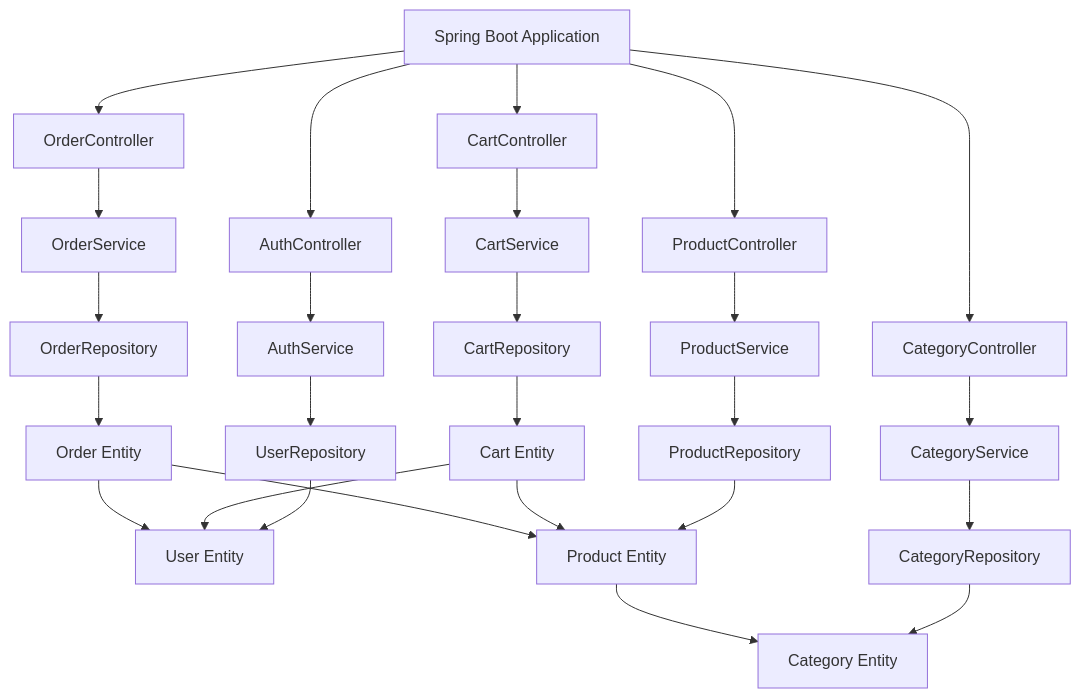
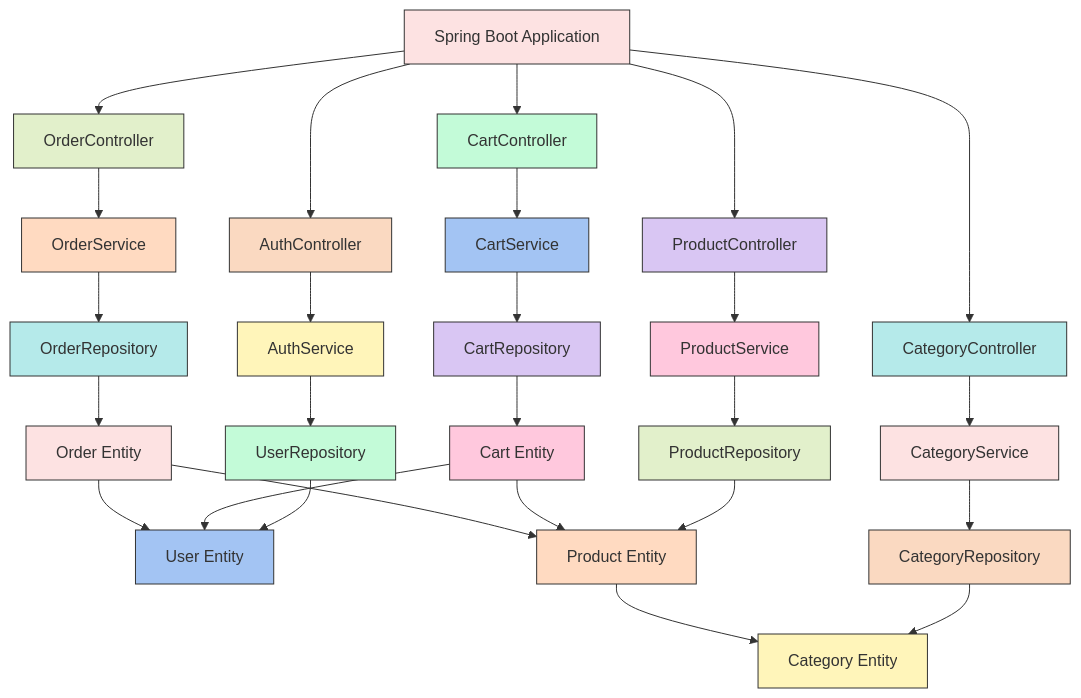
Before and after one commit to RaviRajanolla/Green-Origin: the fifth of 5 diagrams in README.md, drawn with Mermaid. The commit also changed other lines of this file, not shown here.

````diff
--- a/README.md
+++ b/README.md
@@ -734,34 +777,61 @@
 ```mermaid
 flowchart TD
     AppBackend[Spring Boot Application] --> AuthController["AuthController"]
     AppBackend --> ProductController["ProductController"]
     AppBackend --> CategoryController["CategoryController"]
     AppBackend --> CartController["CartController"]
     AppBackend --> OrderController["OrderController"]
 
     AuthController --> AuthService["AuthService"]
     AuthService --> UserRepository["UserRepository"]
     UserRepository --> UserEntity["User Entity"]
 
     ProductController --> ProductService["ProductService"]
     ProductService --> ProductRepository["ProductRepository"]
     ProductRepository --> ProductEntity["Product Entity"]
 
     CategoryController --> CategoryService["CategoryService"]
     CategoryService --> CategoryRepository["CategoryRepository"]
     CategoryRepository --> CategoryEntity["Category Entity"]
 
     CartController --> CartService["CartService"]
     CartService --> CartRepository["CartRepository"]
     CartRepository --> CartEntity["Cart Entity"]
     CartEntity --> ProductEntity
     CartEntity --> UserEntity
 
     OrderController --> OrderService["OrderService"]
     OrderService --> OrderRepository["OrderRepository"]
     OrderRepository --> OrderEntity["Order Entity"]
     OrderEntity --> ProductEntity
     OrderEntity --> UserEntity
 
     ProductEntity --> CategoryEntity
+
+    %% Pastel colors
+    style AppBackend fill:#FDE2E2,stroke:#333,stroke-width:1px
+    style AuthController fill:#FAD9C1,stroke:#333,stroke-width:1px
+    style AuthService fill:#FFF5BA,stroke:#333,stroke-width:1px
+    style UserRepository fill:#C3FBD8,stroke:#333,stroke-width:1px
+    style UserEntity fill:#A3C4F3,stroke:#333,stroke-width:1px
+
+    style ProductController fill:#D9C6F3,stroke:#333,stroke-width:1px
+    style ProductService fill:#FFC8DD,stroke:#333,stroke-width:1px
+    style ProductRepository fill:#E2F0CB,stroke:#333,stroke-width:1px
+    style ProductEntity fill:#FFDAC1,stroke:#333,stroke-width:1px
+
+    style CategoryController fill:#B5EAEA,stroke:#333,stroke-width:1px
+    style CategoryService fill:#FDE2E2,stroke:#333,stroke-width:1px
+    style CategoryRepository fill:#FAD9C1,stroke:#333,stroke-width:1px
+    style CategoryEntity fill:#FFF5BA,stroke:#333,stroke-width:1px
+
+    style CartController fill:#C3FBD8,stroke:#333,stroke-width:1px
+    style CartService fill:#A3C4F3,stroke:#333,stroke-width:1px
+    style CartRepository fill:#D9C6F3,stroke:#333,stroke-width:1px
+    style CartEntity fill:#FFC8DD,stroke:#333,stroke-width:1px
+
+    style OrderController fill:#E2F0CB,stroke:#333,stroke-width:1px
+    style OrderService fill:#FFDAC1,stroke:#333,stroke-width:1px
+    style OrderRepository fill:#B5EAEA,stroke:#333,stroke-width:1px
+    style OrderEntity fill:#FDE2E2,stroke:#333,stroke-width:1px
 ```
````
